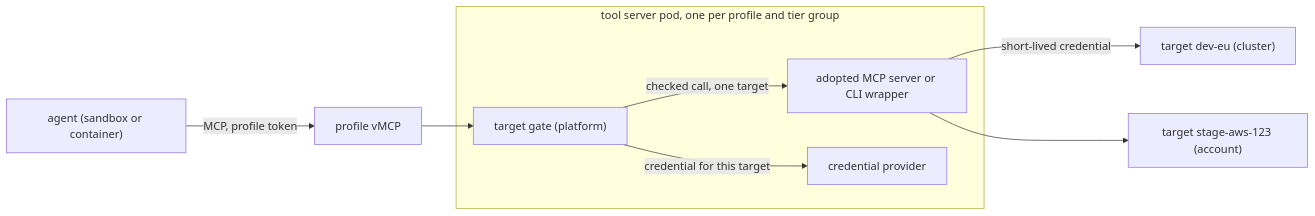
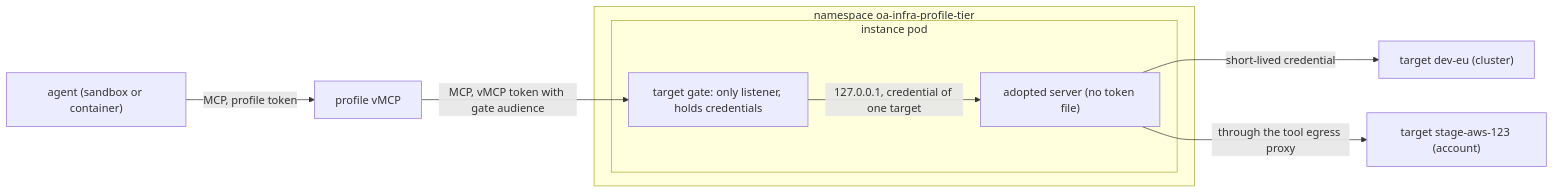
Before and after one commit to openagentix/openagentix: the diagram in docs/decisions/0021-infrastructure-tools-and-targets.md, drawn with Mermaid. The commit also changed other lines of this file, not shown here.

First line of the commit message:
docs(adr): ADR 0021, gate as only listener, credential flow, read rights, approval

````diff
--- a/docs/decisions/0021-infrastructure-tools-and-targets.md
+++ b/docs/decisions/0021-infrastructure-tools-and-targets.md
@@ -91,11 +101,12 @@
 ```mermaid
 flowchart LR
   A["agent (sandbox or container)"] -->|"MCP, profile token"| V["profile vMCP"]
-  V --> G["target gate (platform)"]
-  subgraph ts["tool server pod, one per profile and tier group"]
-    G -->|"checked call, one target"| S["adopted MCP server or CLI wrapper"]
-    G -->|"credential for this target"| P["credential provider"]
+  V -->|"MCP, vMCP token with gate audience"| G
+  subgraph ns["namespace oa-infra-profile-tier"]
+    subgraph pod["instance pod"]
+      G["target gate: only listener, holds credentials"] -->|"127.0.0.1, credential of one target"| S["adopted server (no token file)"]
+    end
   end
   S -->|"short-lived credential"| T1["target dev-eu (cluster)"]
-  S --> T2["target stage-aws-123 (account)"]
+  S -->|"through the tool egress proxy"| T2["target stage-aws-123 (account)"]
 ```
````
